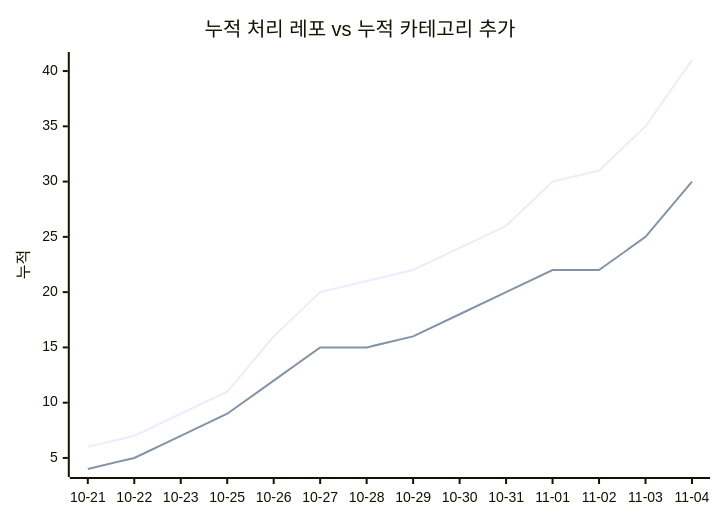
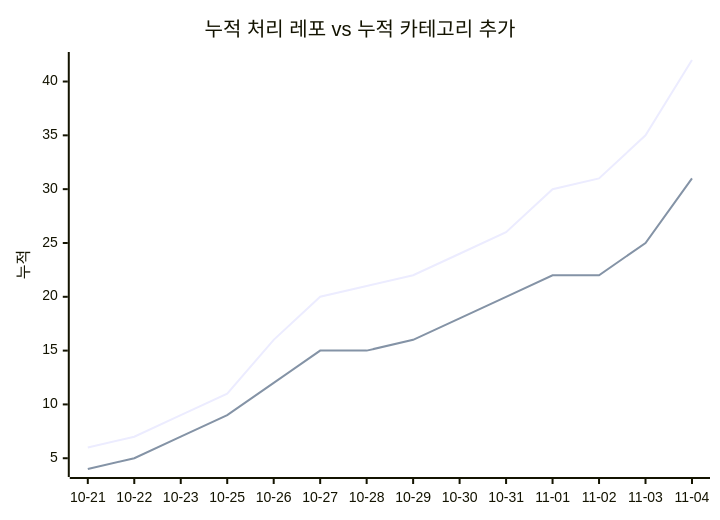
The second of 2 diagrams in docs/trends.md (J-nowcow/awesome-korean-agent-skills), drawn with Mermaid before and after one commit. The commit also changed other lines of this file and 4 other files, not shown here.

````diff
--- a/docs/trends.md
+++ b/docs/trends.md
@@ -68,8 +68,8 @@
 ```mermaid
 xychart-beta
     title "누적 처리 레포 vs 누적 카테고리 추가"
     x-axis ["10-21","10-22","10-23","10-25","10-26","10-27","10-28","10-29","10-30","10-31","11-01","11-02","11-03","11-04"]
     y-axis "누적"
-    line [6,7,9,11,16,20,21,22,24,26,30,31,35,41]
-    line [4,5,7,9,12,15,15,16,18,20,22,22,25,30]
+    line [6,7,9,11,16,20,21,22,24,26,30,31,35,42]
+    line [4,5,7,9,12,15,15,16,18,20,22,22,25,31]
 ```
````
